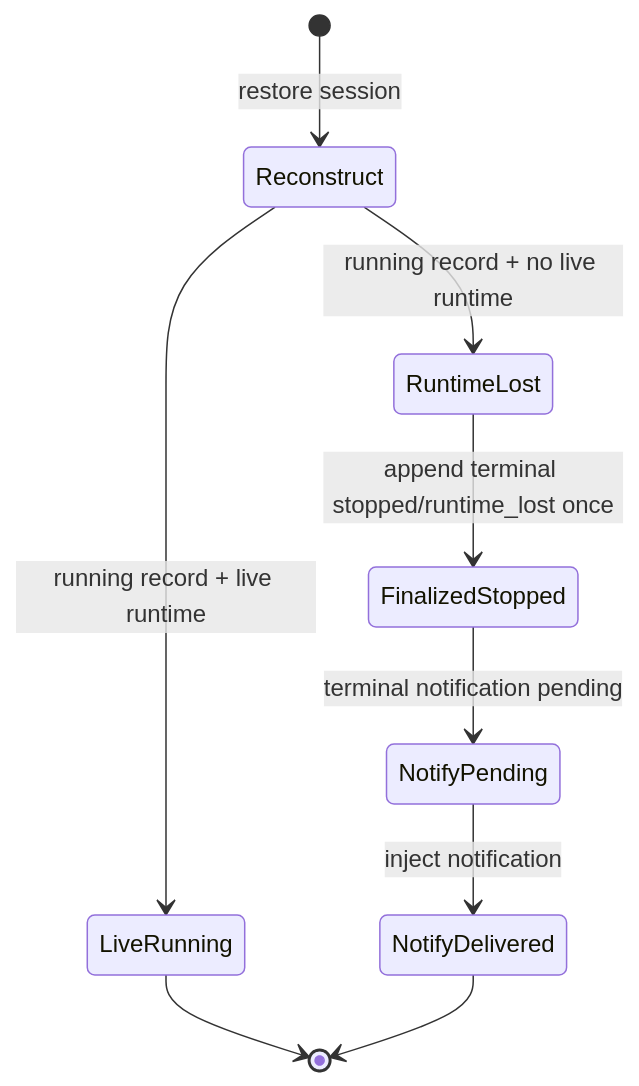
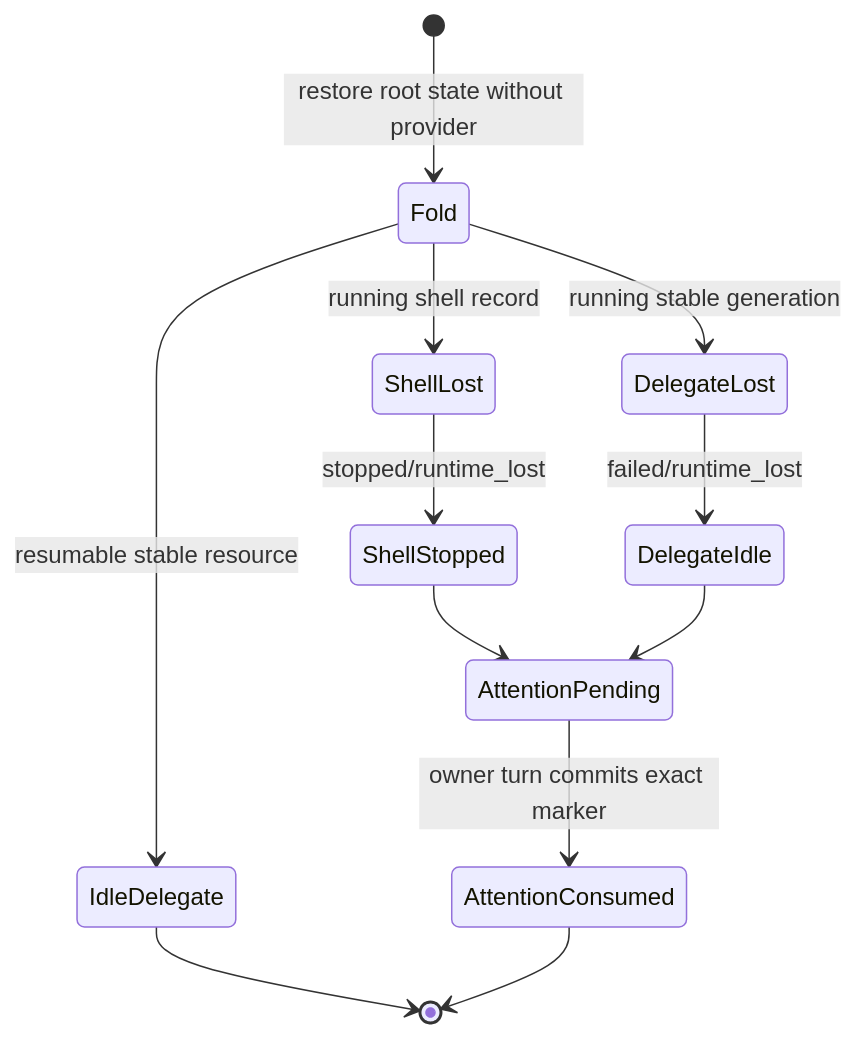
Before and after one commit to prime-radiant-inc/evener: the sixth of 7 diagrams in docs/job-control.md, drawn with Mermaid. The commit also changed other lines of this file and 18 other files, not shown here.

First line of the commit message:
docs: teach stable delegate resources

````diff
--- a/docs/job-control.md
+++ b/docs/job-control.md
@@ -1125,11 +1290,14 @@
 ```mermaid
 stateDiagram-v2
-    [*] --> Reconstruct: restore session
-    Reconstruct --> LiveRunning: running record + live runtime
-    Reconstruct --> RuntimeLost: running record + no live runtime
-    RuntimeLost --> FinalizedStopped: append terminal stopped/runtime_lost once
-    FinalizedStopped --> NotifyPending: terminal notification pending
-    NotifyPending --> NotifyDelivered: inject notification
-    LiveRunning --> [*]
-    NotifyDelivered --> [*]
+    [*] --> Fold: restore root state without provider
+    Fold --> ShellLost: running shell record
+    Fold --> DelegateLost: running stable generation
+    Fold --> IdleDelegate: resumable stable resource
+    ShellLost --> ShellStopped: stopped/runtime_lost
+    DelegateLost --> DelegateIdle: failed/runtime_lost
+    ShellStopped --> AttentionPending
+    DelegateIdle --> AttentionPending
+    AttentionPending --> AttentionConsumed: owner turn commits exact marker
+    IdleDelegate --> [*]
+    AttentionConsumed --> [*]
 ```
````
